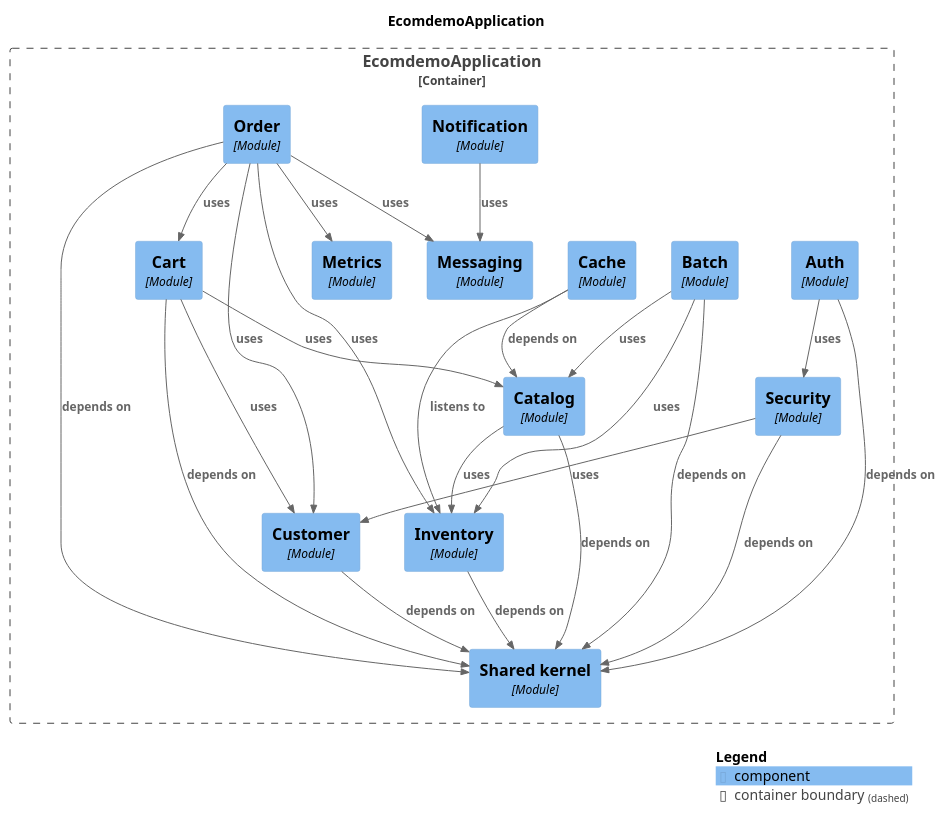
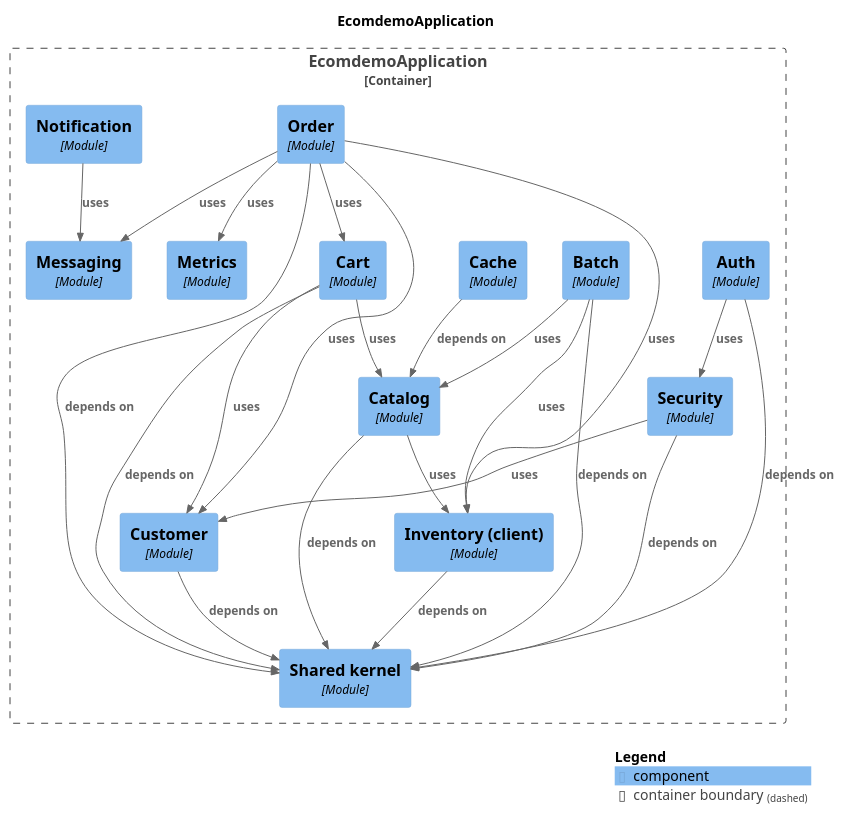
The diagram in docs/modules/components.puml (mr-sujay-patil/ecomdemo), drawn with PlantUML before and after one commit. The commit also changed 19 other files, not shown here.

```diff
--- a/docs/modules/components.puml
+++ b/docs/modules/components.puml
@@ -1,52 +1,51 @@
 @startuml
 set separator none
 title EcomdemoApplication
 
 top to bottom direction
 
 !include <C4/C4>
 !include <C4/C4_Context>
 !include <C4/C4_Component>
 
 Container_Boundary("EcomdemoApplication.EcomdemoApplication_boundary", "EcomdemoApplication", $tags="") {
   Component(EcomdemoApplication.EcomdemoApplication.Catalog, "Catalog", $techn="Module", $descr="", $tags="", $link="")
   Component(EcomdemoApplication.EcomdemoApplication.Security, "Security", $techn="Module", $descr="", $tags="", $link="")
   Component(EcomdemoApplication.EcomdemoApplication.Auth, "Auth", $techn="Module", $descr="", $tags="", $link="")
   Component(EcomdemoApplication.EcomdemoApplication.Batch, "Batch", $techn="Module", $descr="", $tags="", $link="")
   Component(EcomdemoApplication.EcomdemoApplication.Cache, "Cache", $techn="Module", $descr="", $tags="", $link="")
   Component(EcomdemoApplication.EcomdemoApplication.Cart, "Cart", $techn="Module", $descr="", $tags="", $link="")
   Component(EcomdemoApplication.EcomdemoApplication.Order, "Order", $techn="Module", $descr="", $tags="", $link="")
   Component(EcomdemoApplication.EcomdemoApplication.Messaging, "Messaging", $techn="Module", $descr="", $tags="", $link="")
   Component(EcomdemoApplication.EcomdemoApplication.Metrics, "Metrics", $techn="Module", $descr="", $tags="", $link="")
   Component(EcomdemoApplication.EcomdemoApplication.Sharedkernel, "Shared kernel", $techn="Module", $descr="", $tags="", $link="")
   Component(EcomdemoApplication.EcomdemoApplication.Customer, "Customer", $techn="Module", $descr="", $tags="", $link="")
-  Component(EcomdemoApplication.EcomdemoApplication.Inventory, "Inventory", $techn="Module", $descr="", $tags="", $link="")
+  Component(EcomdemoApplication.EcomdemoApplication.Inventoryclient, "Inventory (client)", $techn="Module", $descr="", $tags="", $link="")
   Component(EcomdemoApplication.EcomdemoApplication.Notification, "Notification", $techn="Module", $descr="", $tags="", $link="")
 }
 
 Rel(EcomdemoApplication.EcomdemoApplication.Auth, EcomdemoApplication.EcomdemoApplication.Security, "uses", $techn="", $tags="", $link="")
 Rel(EcomdemoApplication.EcomdemoApplication.Auth, EcomdemoApplication.EcomdemoApplication.Sharedkernel, "depends on", $techn="", $tags="", $link="")
 Rel(EcomdemoApplication.EcomdemoApplication.Batch, EcomdemoApplication.EcomdemoApplication.Catalog, "uses", $techn="", $tags="", $link="")
-Rel(EcomdemoApplication.EcomdemoApplication.Batch, EcomdemoApplication.EcomdemoApplication.Inventory, "uses", $techn="", $tags="", $link="")
+Rel(EcomdemoApplication.EcomdemoApplication.Batch, EcomdemoApplication.EcomdemoApplication.Inventoryclient, "uses", $techn="", $tags="", $link="")
 Rel(EcomdemoApplication.EcomdemoApplication.Batch, EcomdemoApplication.EcomdemoApplication.Sharedkernel, "depends on", $techn="", $tags="", $link="")
 Rel(EcomdemoApplication.EcomdemoApplication.Cache, EcomdemoApplication.EcomdemoApplication.Catalog, "depends on", $techn="", $tags="", $link="")
-Rel(EcomdemoApplication.EcomdemoApplication.Cache, EcomdemoApplication.EcomdemoApplication.Inventory, "listens to", $techn="", $tags="", $link="")
 Rel(EcomdemoApplication.EcomdemoApplication.Cart, EcomdemoApplication.EcomdemoApplication.Catalog, "uses", $techn="", $tags="", $link="")
 Rel(EcomdemoApplication.EcomdemoApplication.Cart, EcomdemoApplication.EcomdemoApplication.Customer, "uses", $techn="", $tags="", $link="")
 Rel(EcomdemoApplication.EcomdemoApplication.Cart, EcomdemoApplication.EcomdemoApplication.Sharedkernel, "depends on", $techn="", $tags="", $link="")
-Rel(EcomdemoApplication.EcomdemoApplication.Catalog, EcomdemoApplication.EcomdemoApplication.Inventory, "uses", $techn="", $tags="", $link="")
+Rel(EcomdemoApplication.EcomdemoApplication.Catalog, EcomdemoApplication.EcomdemoApplication.Inventoryclient, "uses", $techn="", $tags="", $link="")
 Rel(EcomdemoApplication.EcomdemoApplication.Catalog, EcomdemoApplication.EcomdemoApplication.Sharedkernel, "depends on", $techn="", $tags="", $link="")
 Rel(EcomdemoApplication.EcomdemoApplication.Customer, EcomdemoApplication.EcomdemoApplication.Sharedkernel, "depends on", $techn="", $tags="", $link="")
-Rel(EcomdemoApplication.EcomdemoApplication.Inventory, EcomdemoApplication.EcomdemoApplication.Sharedkernel, "depends on", $techn="", $tags="", $link="")
+Rel(EcomdemoApplication.EcomdemoApplication.Inventoryclient, EcomdemoApplication.EcomdemoApplication.Sharedkernel, "depends on", $techn="", $tags="", $link="")
 Rel(EcomdemoApplication.EcomdemoApplication.Notification, EcomdemoApplication.EcomdemoApplication.Messaging, "uses", $techn="", $tags="", $link="")
 Rel(EcomdemoApplication.EcomdemoApplication.Order, EcomdemoApplication.EcomdemoApplication.Cart, "uses", $techn="", $tags="", $link="")
 Rel(EcomdemoApplication.EcomdemoApplication.Order, EcomdemoApplication.EcomdemoApplication.Customer, "uses", $techn="", $tags="", $link="")
-Rel(EcomdemoApplication.EcomdemoApplication.Order, EcomdemoApplication.EcomdemoApplication.Inventory, "uses", $techn="", $tags="", $link="")
+Rel(EcomdemoApplication.EcomdemoApplication.Order, EcomdemoApplication.EcomdemoApplication.Inventoryclient, "uses", $techn="", $tags="", $link="")
 Rel(EcomdemoApplication.EcomdemoApplication.Order, EcomdemoApplication.EcomdemoApplication.Messaging, "uses", $techn="", $tags="", $link="")
 Rel(EcomdemoApplication.EcomdemoApplication.Order, EcomdemoApplication.EcomdemoApplication.Metrics, "uses", $techn="", $tags="", $link="")
 Rel(EcomdemoApplication.EcomdemoApplication.Order, EcomdemoApplication.EcomdemoApplication.Sharedkernel, "depends on", $techn="", $tags="", $link="")
 Rel(EcomdemoApplication.EcomdemoApplication.Security, EcomdemoApplication.EcomdemoApplication.Customer, "uses", $techn="", $tags="", $link="")
 Rel(EcomdemoApplication.EcomdemoApplication.Security, EcomdemoApplication.EcomdemoApplication.Sharedkernel, "depends on", $techn="", $tags="", $link="")
 
 SHOW_LEGEND(true)
 @enduml
```
